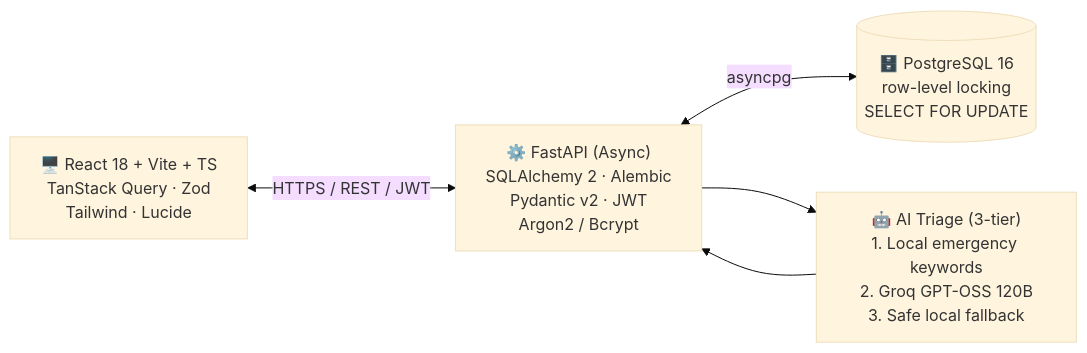
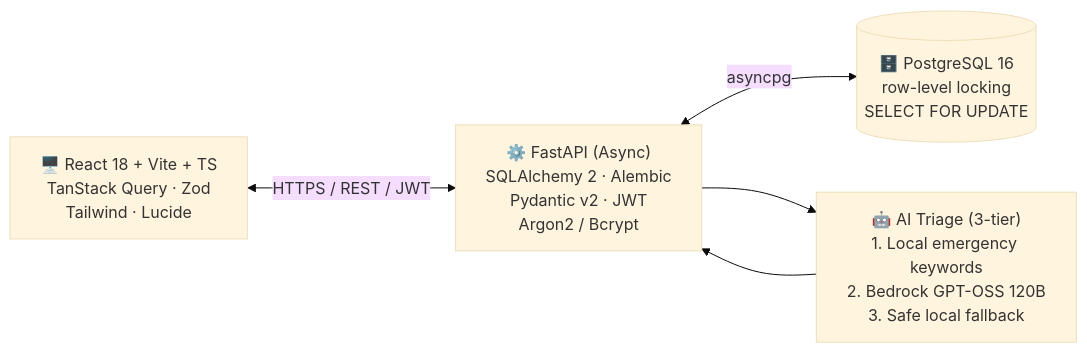
Before and after one commit to sakawatkabir13/spandan: the diagram in README.md, drawn with Mermaid (base theme). The commit also changed other lines of this file and 60 other files, not shown here.

````diff
--- a/README.md
+++ b/README.md
@@ -122,12 +122,12 @@
 ```mermaid
 flowchart LR
     Browser["🖥️ React 18 + Vite + TS<br/>TanStack Query · Zod<br/>Tailwind · Lucide"]
     API["⚙️ FastAPI (Async)<br/>SQLAlchemy 2 · Alembic<br/>Pydantic v2 · JWT<br/>Argon2 / Bcrypt"]
     DB[("🗄️ PostgreSQL 16<br/>row-level locking<br/>SELECT FOR UPDATE")]
-    AI["🤖 AI Triage (3-tier)<br/>1. Local emergency keywords<br/>2. Groq GPT-OSS 120B<br/>3. Safe local fallback"]
+    AI["🤖 AI Triage (3-tier)<br/>1. Local emergency keywords<br/>2. Bedrock GPT-OSS 120B<br/>3. Safe local fallback"]
 
     Browser <-->|"HTTPS / REST / JWT"| API
     API <-->|"asyncpg"| DB
     API --> AI
     AI --> API
 ```
````
